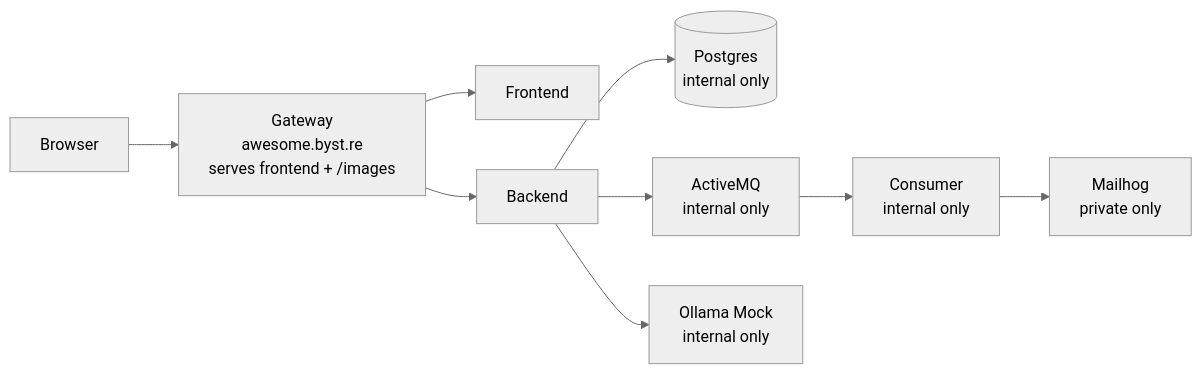
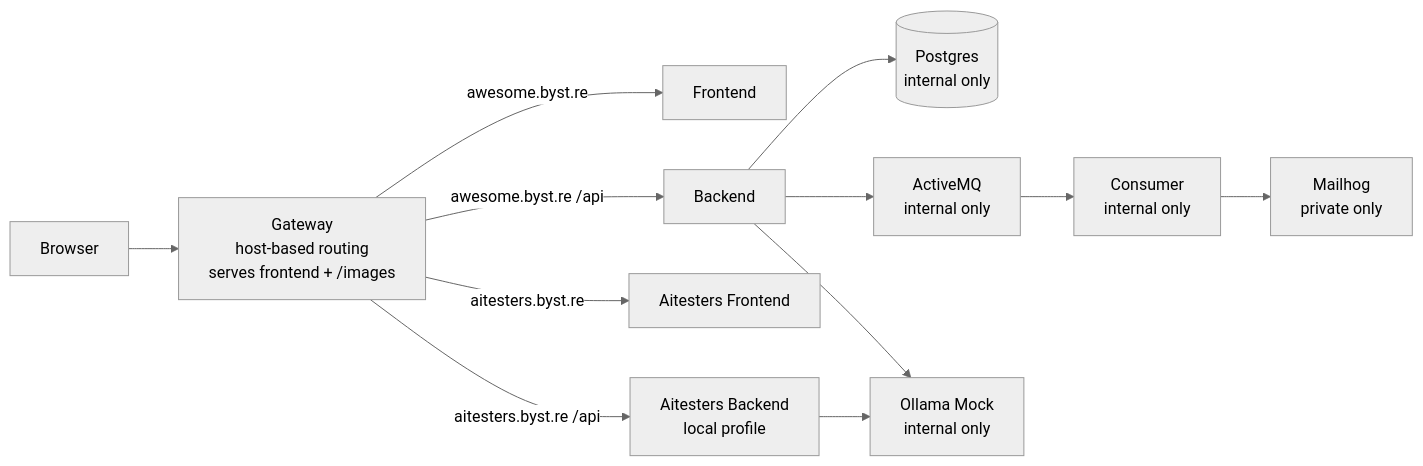
The third of 3 diagrams in README.md (slawekradzyminski/awesome-localstack), drawn with Mermaid (neutral theme) before and after one commit. The commit also changed other lines of this file and 11 other files, not shown here.

Commit message:
aitesters.byst.re

````diff
--- a/README.md
+++ b/README.md
@@ -227,21 +240,26 @@
 ```mermaid
 flowchart LR
     U[Browser]
-    G[Gateway<br/>awesome.byst.re<br/>serves frontend + /images]
+    G[Gateway<br/>host-based routing<br/>serves frontend + /images]
     F[Frontend]
     B[Backend]
+    AF[Aitesters Frontend]
+    AB[Aitesters Backend<br/>local profile]
     DB[(Postgres<br/>internal only)]
     MQ[ActiveMQ<br/>internal only]
     C[Consumer<br/>internal only]
     M[Mailhog<br/>private only]
     O[Ollama Mock<br/>internal only]
 
     U --> G
-    G --> F
-    G --> B
+    G -->|awesome.byst.re| F
+    G -->|awesome.byst.re /api| B
+    G -->|aitesters.byst.re| AF
+    G -->|aitesters.byst.re /api| AB
     B --> DB
     B --> MQ
     MQ --> C
     C --> M
     B --> O
+    AB --> O
 ```
````
